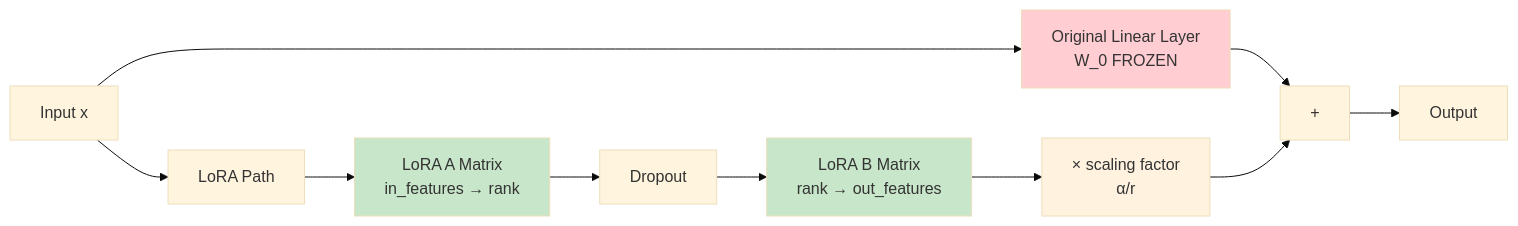
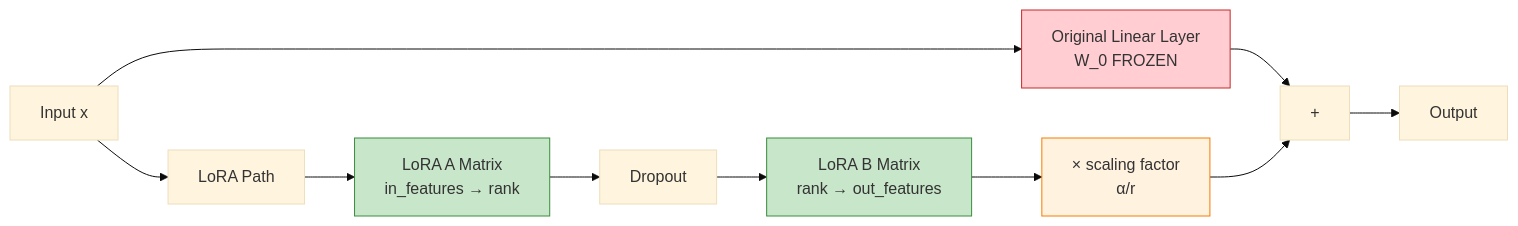
The seventh of 8 diagrams in docs/lora_architecture_diagrams.md (ZacCarrico/vjepa2), drawn with Mermaid (base theme) before and after one commit. The commit also changed other lines of this file and 1 other file, not shown here.

````diff
--- a/docs/lora_architecture_diagrams.md
+++ b/docs/lora_architecture_diagrams.md
@@ -133,19 +171,19 @@
 ```mermaid
 graph LR
     A[Input x] --> B[Original Linear Layer<br/>W_0 FROZEN]
     A --> C[LoRA Path]
 
     C --> D[LoRA A Matrix<br/>in_features → rank]
     D --> E[Dropout]
     E --> F[LoRA B Matrix<br/>rank → out_features]
     F --> G[× scaling factor<br/>α/r]
 
     B --> H[+]
     G --> H
     H --> I[Output]
 
-    style B fill:#ffcdd2
-    style D fill:#c8e6c9
-    style F fill:#c8e6c9
-    style G fill:#fff3e0
+    style B fill:#ffcdd2,stroke:#c62828
+    style D fill:#c8e6c9,stroke:#388e3c
+    style F fill:#c8e6c9,stroke:#388e3c
+    style G fill:#fff3e0,stroke:#f57c00
 ```
````
